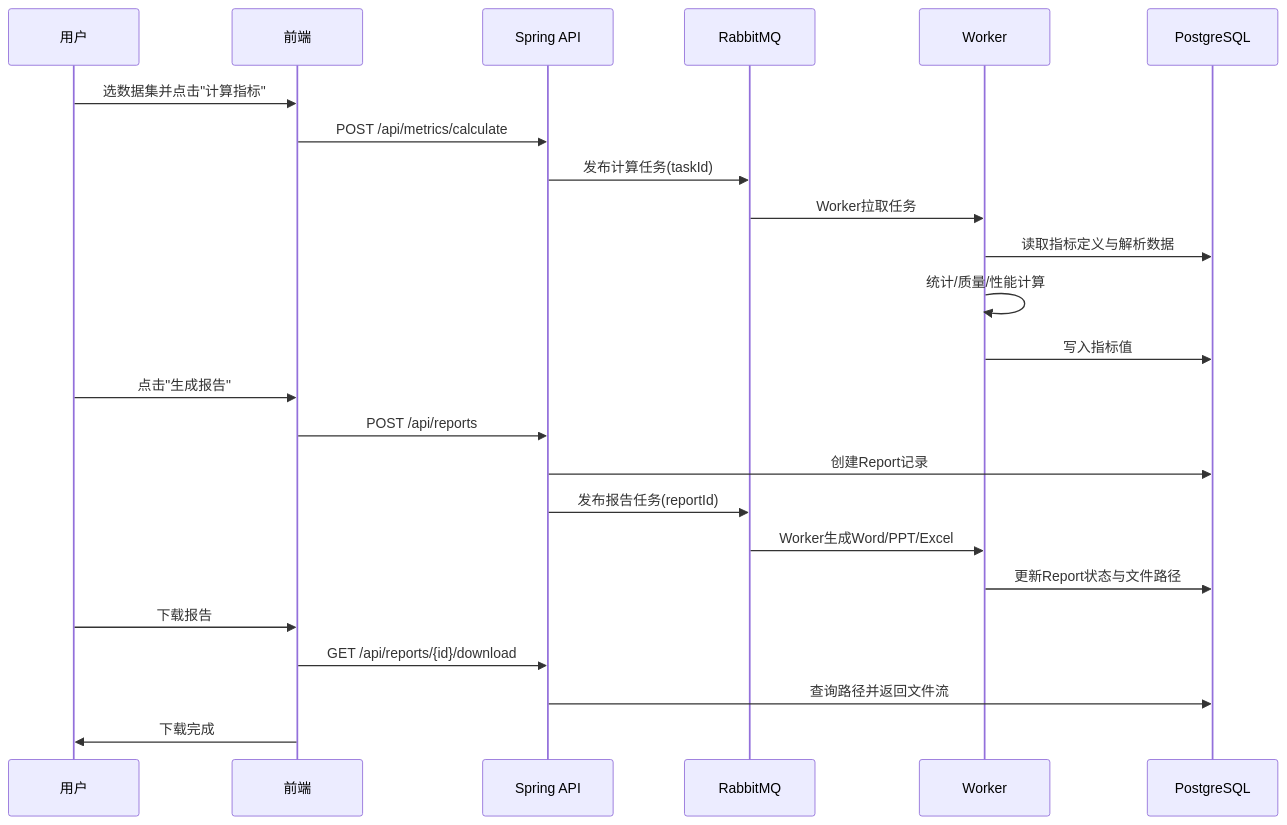
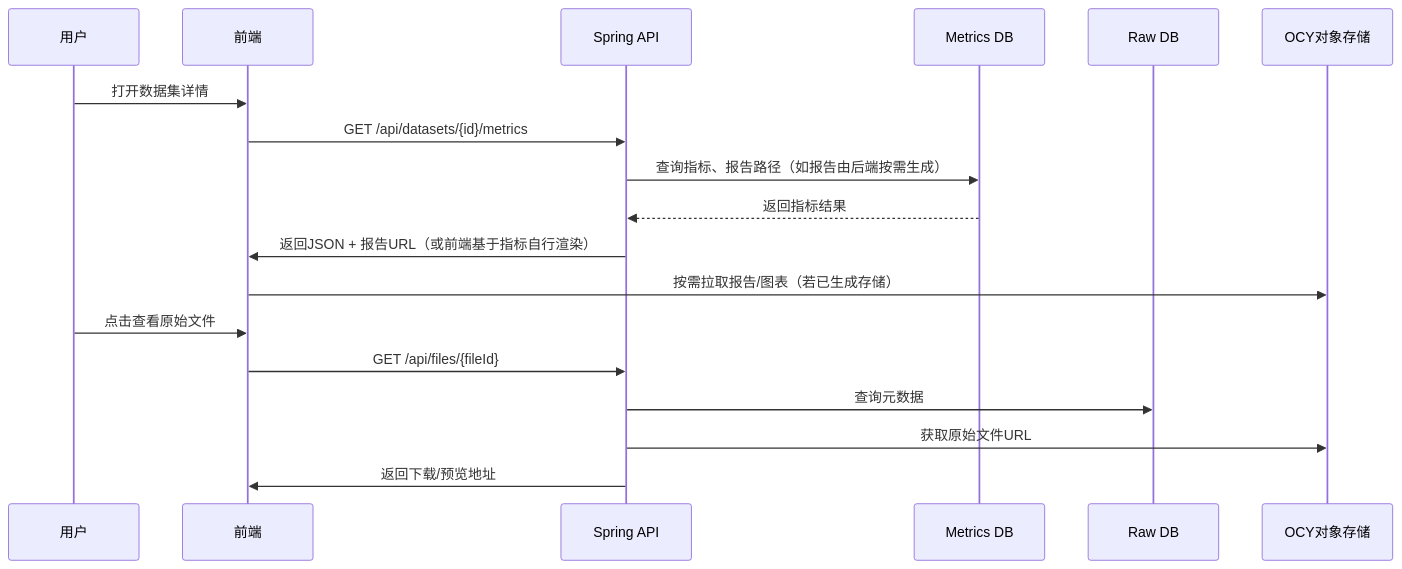
One commit to fenwickxie/data_develop_java changed diagram 18 of 18 in docs/INTERACTION_LOGIC_JAVA.md. Above: the diagram before and after it, drawn with Mermaid. The commit also changed other lines of this file and 86 other files, not shown here.

````diff
--- a/docs/INTERACTION_LOGIC_JAVA.md
+++ b/docs/INTERACTION_LOGIC_JAVA.md
@@ -501,30 +588,21 @@
 ```mermaid
 sequenceDiagram
     participant U as 用户
     participant F as 前端
     participant A as Spring API
-    participant MQ as RabbitMQ
-    participant C as Worker
-    participant DB as PostgreSQL
+    participant DBM as Metrics DB
+    participant DBR as Raw DB
+    participant OBS as OCY对象存储
 
-    U->>F: 选数据集并点击"计算指标"
-    F->>A: POST /api/metrics/calculate
-
-    A->>MQ: 发布计算任务(taskId)
-    MQ->>C: Worker拉取任务
-    C->>DB: 读取指标定义与解析数据
-    C->>C: 统计/质量/性能计算
-    C->>DB: 写入指标值
-
-    U->>F: 点击"生成报告"
-    F->>A: POST /api/reports
-    A->>DB: 创建Report记录
-    A->>MQ: 发布报告任务(reportId)
-    MQ->>C: Worker生成Word/PPT/Excel
-    C->>DB: 更新Report状态与文件路径
-
-    U->>F: 下载报告
-    F->>A: GET /api/reports/{id}/download
-    A->>DB: 查询路径并返回文件流
-    F->>U: 下载完成
+    U->>F: 打开数据集详情
+    F->>A: GET /api/datasets/{id}/metrics
+    A->>DBM: 查询指标、报告路径（如报告由后端按需生成）
+    DBM-->>A: 返回指标结果
+    A->>F: 返回JSON + 报告URL（或前端基于指标自行渲染）
+    F->>OBS: 按需拉取报告/图表（若已生成存储）
+    U->>F: 点击查看原始文件
+    F->>A: GET /api/files/{fileId}
+    A->>DBR: 查询元数据
+    A->>OBS: 获取原始文件URL
+    A->>F: 返回下载/预览地址
 ```
````
